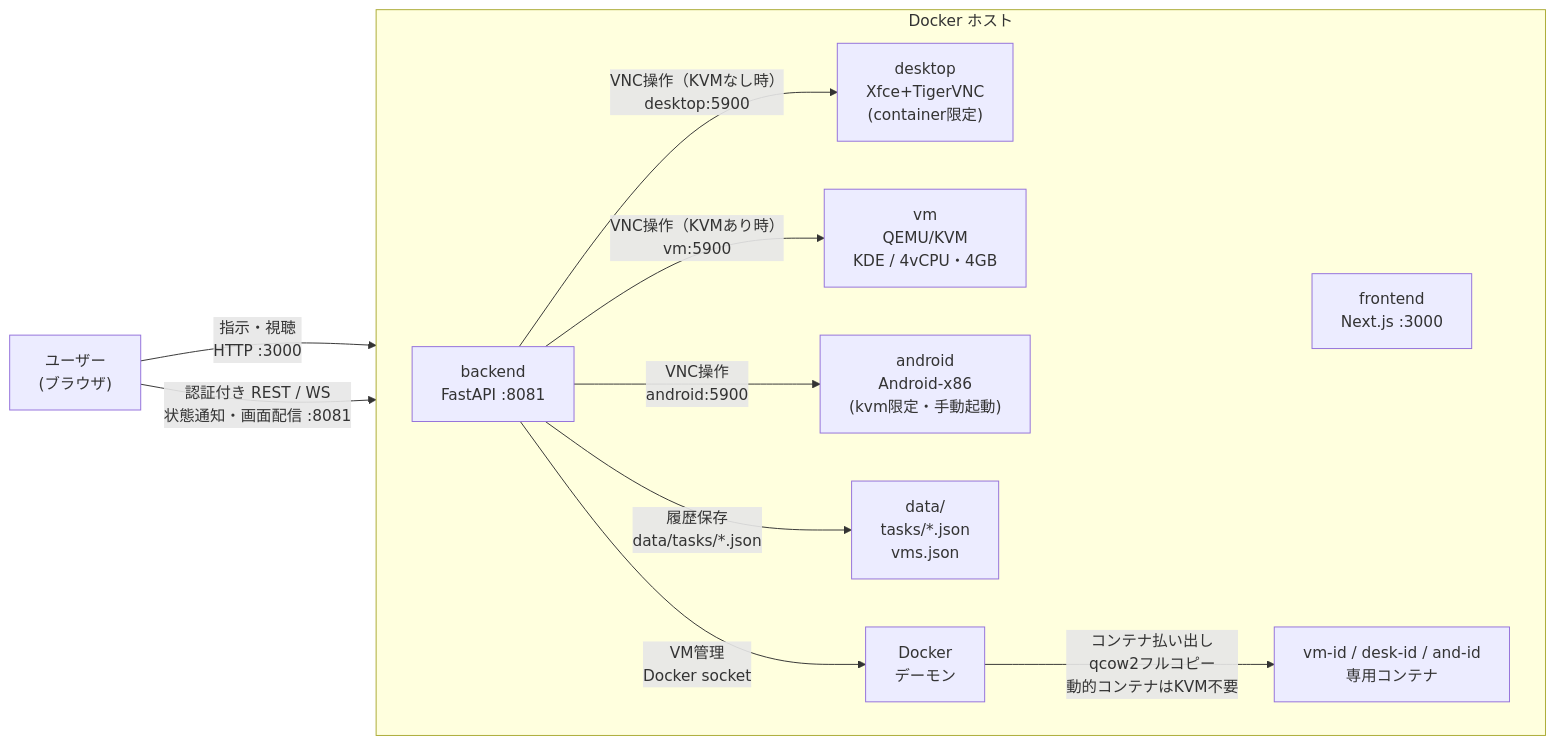
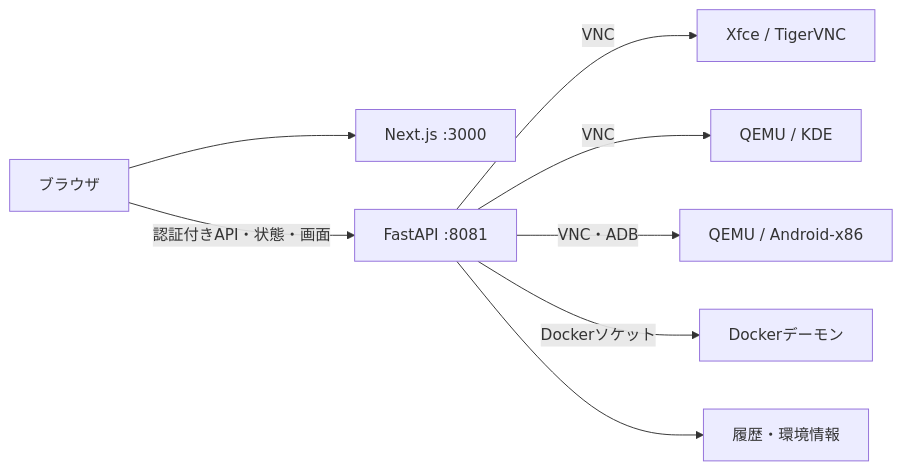
One commit to Milix-M/ai-desktop-agent changed the diagram in docs/architecture.md. Above: the diagram before and after it, drawn with Mermaid. The commit also changed other lines of this file and 9 other files, not shown here.

````diff
--- a/docs/architecture.md
+++ b/docs/architecture.md
@@ -25,23 +7,19 @@
 ```mermaid
 flowchart LR
-    user["ユーザー<br/>(ブラウザ)"]
-    subgraph host["Docker ホスト"]
-        direction LR
-        fe["frontend<br/>Next.js :3000"]
-        be["backend<br/>FastAPI :8081"]
-        desk["desktop<br/>Xfce+TigerVNC<br/>(container限定)"]
-        vm["vm<br/>QEMU/KVM<br/>KDE / 4vCPU・4GB"]
-        and["android<br/>Android-x86<br/>(kvm限定・手動起動)"]
-        vm2["vm-id / desk-id / and-id<br/>専用コンテナ"]
-        data["data/<br/>tasks/*.json<br/>vms.json"]
-        docker["Docker<br/>デーモン"]
-    end
-    user -->|指示・視聴<br/>HTTP :3000| fe
-    user -->|認証付き REST / WS<br/>状態通知・画面配信 :8081| be
-    be -->|VNC操作（KVMなし時）<br/>desktop:5900| desk
-    be -->|VNC操作（KVMあり時）<br/>vm:5900| vm
-    be -->|VNC操作<br/>android:5900| and
-    be -->|履歴保存<br/>data/tasks/*.json| data
-    be -->|VM管理<br/>Docker socket| docker
-    docker -->|コンテナ払い出し<br/>qcow2フルコピー<br/>動的コンテナはKVM不要| vm2
+    browser["ブラウザ"]
+    frontend["Next.js :3000"]
+    backend["FastAPI :8081"]
+    desktop["Xfce / TigerVNC"]
+    qemu["QEMU / KDE"]
+    android["QEMU / Android-x86"]
+    docker["Dockerデーモン"]
+    data["履歴・環境情報"]
+
+    browser --> frontend
+    browser -->|"認証付きAPI・状態・画面"| backend
+    backend -->|VNC| desktop
+    backend -->|VNC| qemu
+    backend -->|VNC・ADB| android
+    backend -->|Dockerソケット| docker
+    backend --> data
 ```
````
